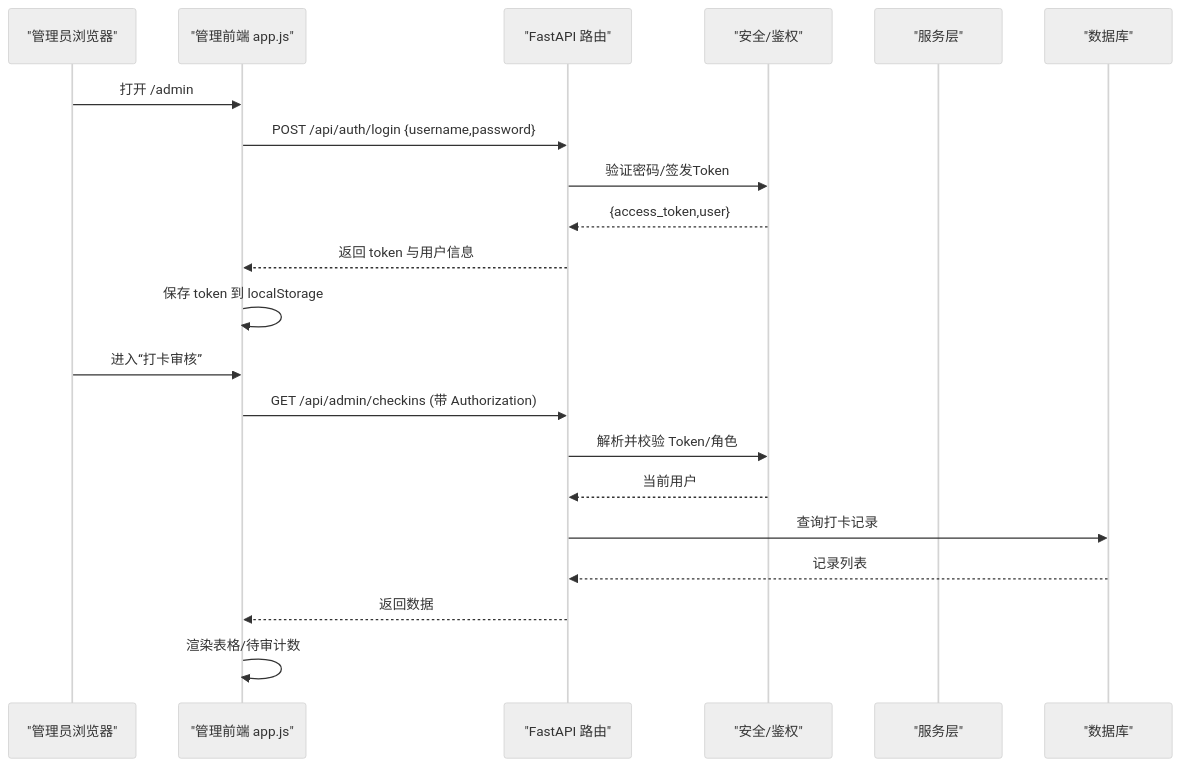
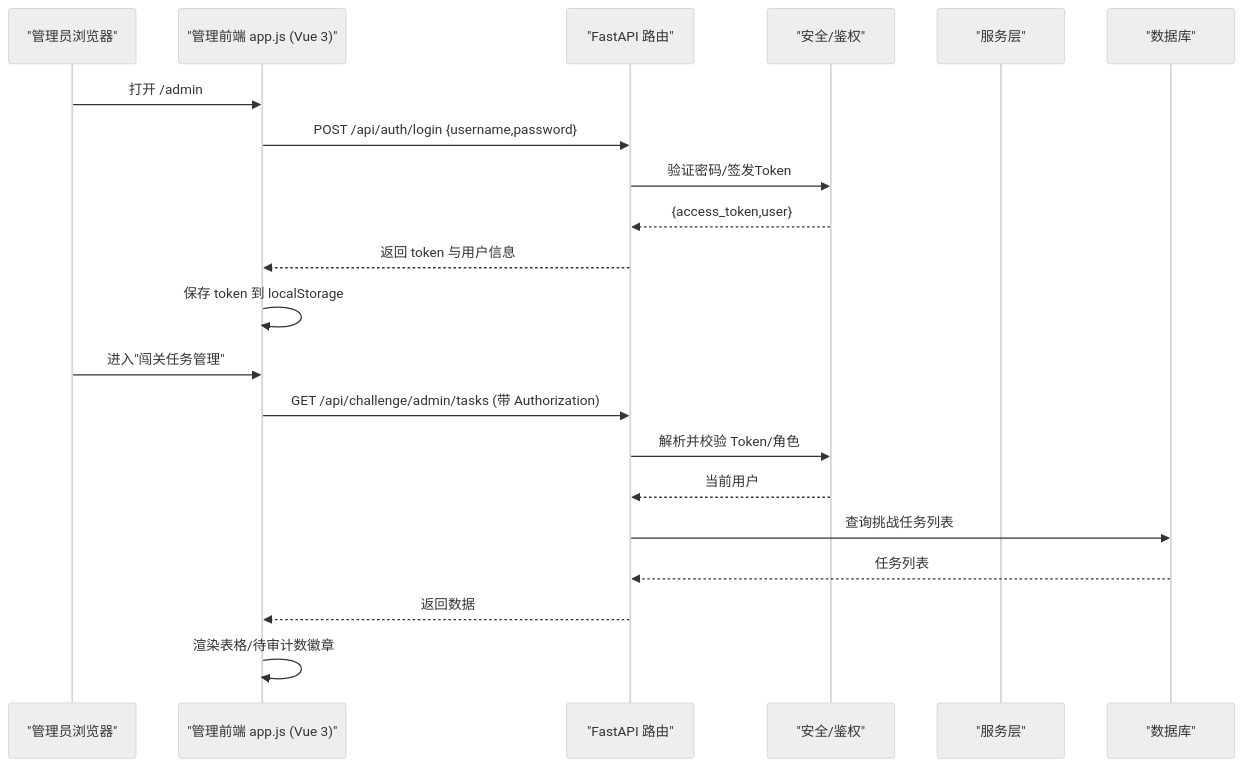
One commit to onebody/homework changed the second of 8 diagrams in .qoder/repowiki/zh/content/暑假作业打卡系统/前端应用设计/管理后台应用.md. Above: the diagram before and after it, drawn with Mermaid (neutral theme). The commit also changed other lines of this file and 15 other files, not shown here.

````diff
--- a/.qoder/repowiki/zh/content/暑假作业打卡系统/前端应用设计/管理后台应用.md
+++ b/.qoder/repowiki/zh/content/暑假作业打卡系统/前端应用设计/管理后台应用.md
@@ -93,23 +110,23 @@
 ```mermaid
 sequenceDiagram
 participant Admin as "管理员浏览器"
-participant FE as "管理前端 app.js"
+participant FE as "管理前端 app.js (Vue 3)"
 participant API as "FastAPI 路由"
 participant Auth as "安全/鉴权"
 participant Svc as "服务层"
 participant DB as "数据库"
 Admin->>FE : 打开 /admin
 FE->>API : POST /api/auth/login {username,password}
 API->>Auth : 验证密码/签发Token
 Auth-->>API : {access_token,user}
 API-->>FE : 返回 token 与用户信息
 FE->>FE : 保存 token 到 localStorage
-Admin->>FE : 进入“打卡审核”
-FE->>API : GET /api/admin/checkins (带 Authorization)
+Admin->>FE : 进入"闯关任务管理"
+FE->>API : GET /api/challenge/admin/tasks (带 Authorization)
 API->>Auth : 解析并校验 Token/角色
 Auth-->>API : 当前用户
-API->>DB : 查询打卡记录
-DB-->>API : 记录列表
+API->>DB : 查询挑战任务列表
+DB-->>API : 任务列表
 API-->>FE : 返回数据
-FE->>FE : 渲染表格/待审计数
+FE->>FE : 渲染表格/待审计数徽章
 ```
````
